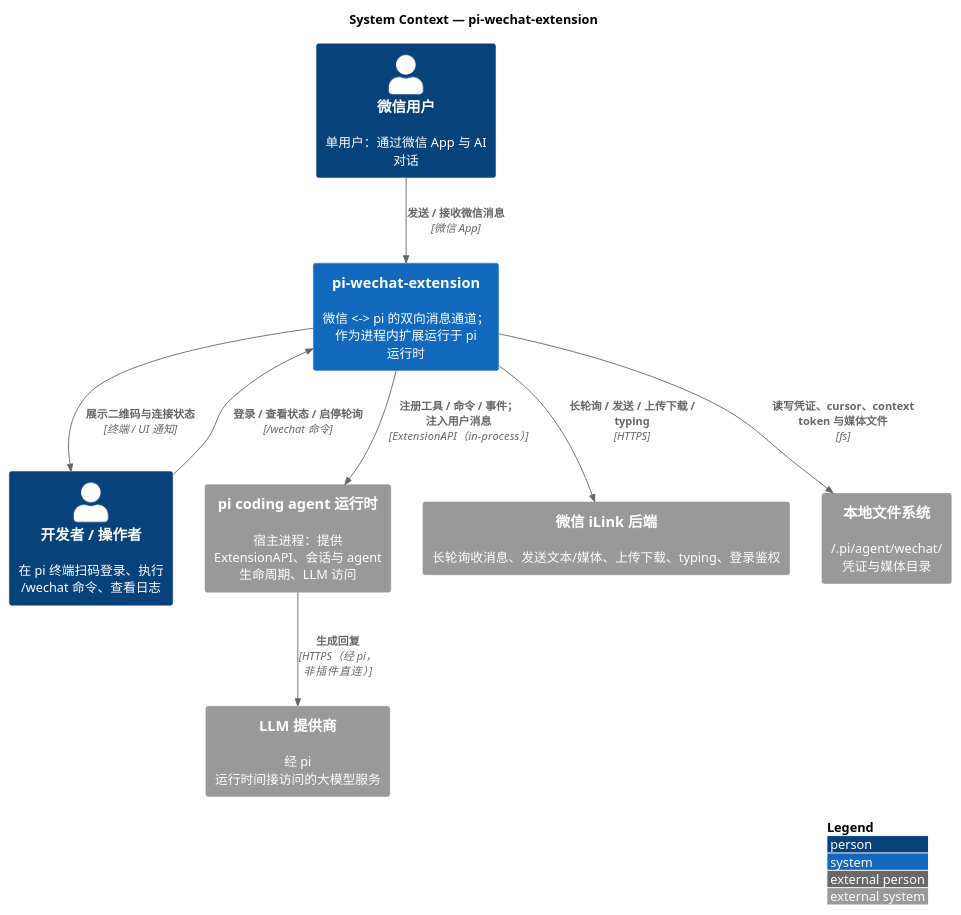
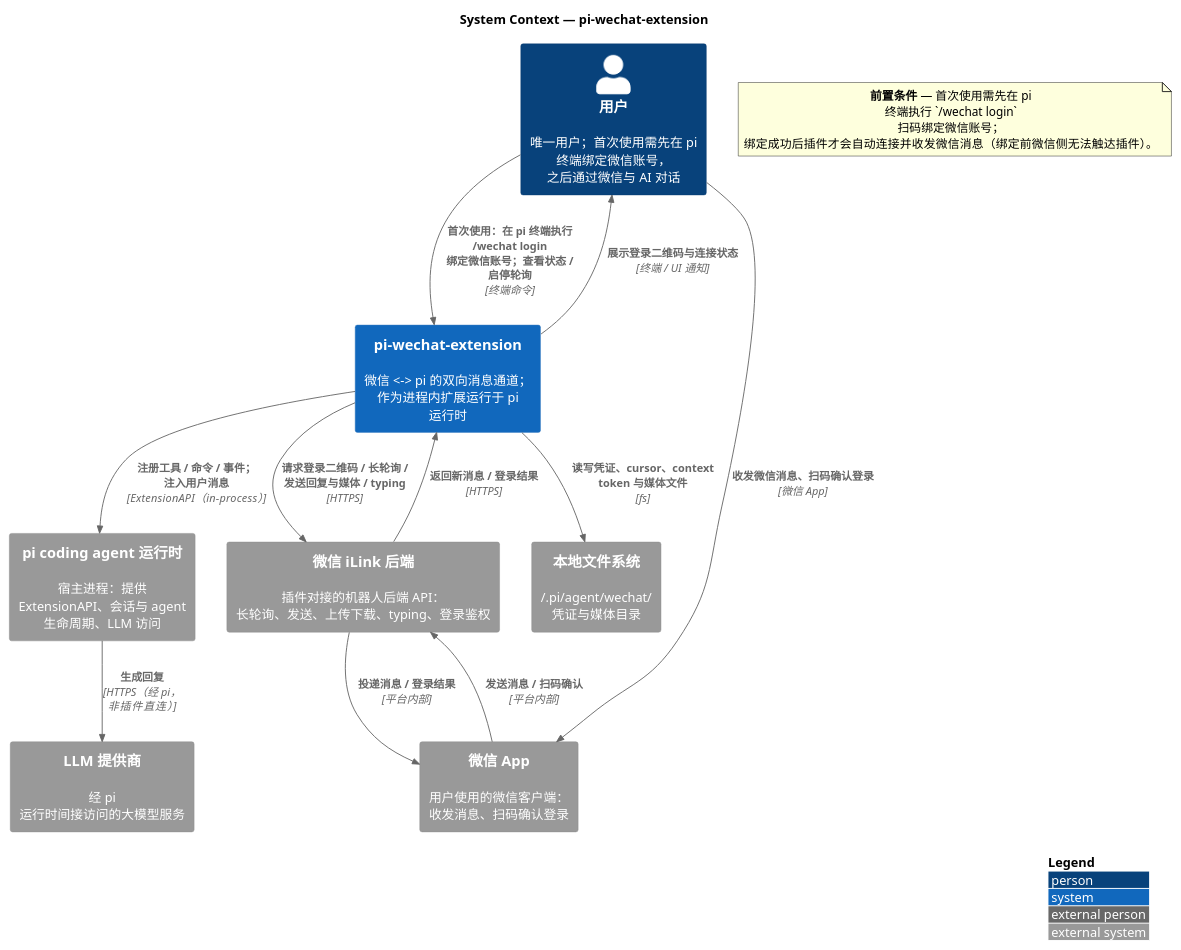
Before and after one commit to MemoryIt/pi-wechat-extension: the diagram in docs/c4/01-context.puml, drawn with PlantUML.

Commit message:
docs(c4): fix context model — single user, split WeChat platform

```diff
--- a/docs/c4/01-context.puml
+++ b/docs/c4/01-context.puml
@@ -1,41 +1,56 @@
 @startuml
 ' ============================================================================
 ' C4 Level 1 - System Context
 ' 系统：pi-wechat-extension（将微信接入 pi coding agent 的双向消息通道）
 '
 ' 事实来源：docs/ARCHITECTURE.md
 ' 说明：本图为 Context 层，仅描述系统边界与外部角色/外部系统，
 '       不描述插件内部结构（见 03-components.puml）。
+' 角色模型：只有「用户」一个 Person；微信是外部平台（拆分为 App 与 iLink 后端）。
 ' ============================================================================
 
 !include <C4/C4_Context>
 ' 若本地 PlantUML 未内置 C4 stdlib，可改用：
 ' !include https://raw.githubusercontent.com/plantuml-stdlib/C4-PlantUML/master/C4_Context.puml
 
 title System Context — pi-wechat-extension
 
-' --- 角色（Person）--------------------------------------------------------
-Person(wechatUser, "微信用户", "单用户：通过微信 App 与 AI 对话")
-Person(operator, "开发者 / 操作者", "在 pi 终端扫码登录、执行 /wechat 命令、查看日志")
+' --- 角色（Person，唯一）-------------------------------------------------
+Person(user, "用户", "唯一用户；首次使用需先在 pi 终端绑定微信账号，之后通过微信与 AI 对话")
 
 ' --- 系统（System of interest）-------------------------------------------
 System(plugin, "pi-wechat-extension", "微信 <-> pi 的双向消息通道；作为进程内扩展运行于 pi 运行时")
 
 ' --- 外部系统（System_Ext）-----------------------------------------------
 System_Ext(piRuntime, "pi coding agent 运行时", "宿主进程：提供 ExtensionAPI、会话与 agent 生命周期、LLM 访问")
-System_Ext(wechatBackend, "微信 iLink 后端", "长轮询收消息、发送文本/媒体、上传下载、typing、登录鉴权")
+System_Ext(wechatApp, "微信 App", "用户使用的微信客户端：收发消息、扫码确认登录")
+System_Ext(ilinkBackend, "微信 iLink 后端", "插件对接的机器人后端 API：长轮询、发送、上传下载、typing、登录鉴权")
 System_Ext(fileSystem, "本地文件系统", "~/.pi/agent/wechat/ 凭证与媒体目录")
 System_Ext(llmProvider, "LLM 提供商", "经 pi 运行时间接访问的大模型服务")
 
 ' --- 关系（Rel）----------------------------------------------------------
-Rel(wechatUser, plugin, "发送 / 接收微信消息", "微信 App")
-Rel(operator, plugin, "登录 / 查看状态 / 启停轮询", "/wechat 命令")
-Rel(plugin, operator, "展示二维码与连接状态", "终端 / UI 通知")
+' 终端路径：绑定账号与管理
+Rel(user, plugin, "首次使用：在 pi 终端执行 /wechat login 绑定微信账号；查看状态 / 启停轮询", "终端命令")
+Rel(plugin, user, "展示登录二维码与连接状态", "终端 / UI 通知")
 
+' 微信路径：聊天（消息经微信平台内部路由）
+Rel(user, wechatApp, "收发微信消息、扫码确认登录", "微信 App")
+Rel(wechatApp, ilinkBackend, "发送消息 / 扫码确认", "平台内部")
+Rel(ilinkBackend, wechatApp, "投递消息 / 登录结果", "平台内部")
+
+Rel(plugin, ilinkBackend, "请求登录二维码 / 长轮询 / 发送回复与媒体 / typing", "HTTPS")
+Rel(ilinkBackend, plugin, "返回新消息 / 登录结果", "HTTPS")
+
+' 宿主与基础设施
 Rel(plugin, piRuntime, "注册工具 / 命令 / 事件；注入用户消息", "ExtensionAPI（in-process）")
-Rel(plugin, wechatBackend, "长轮询 / 发送 / 上传下载 / typing", "HTTPS")
 Rel(plugin, fileSystem, "读写凭证、cursor、context token 与媒体文件", "fs")
 Rel(piRuntime, llmProvider, "生成回复", "HTTPS（经 pi，非插件直连）")
 
+' --- 前置说明 ------------------------------------------------------------
+note as Precondition
+  **前置条件** — 首次使用需先在 pi 终端执行 `/wechat login` 扫码绑定微信账号；
+  绑定成功后插件才会自动连接并收发微信消息（绑定前微信侧无法触达插件）。
+end note
+
 LAYOUT_WITH_LEGEND()
 @enduml
```
